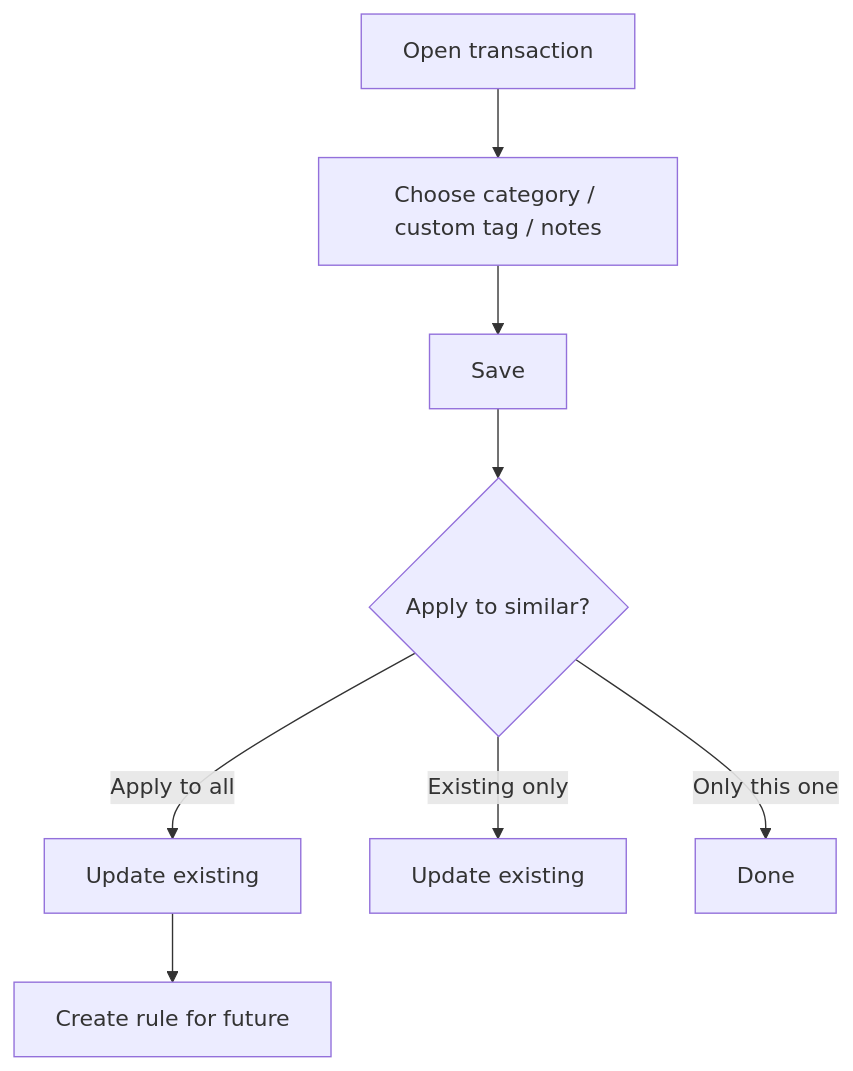
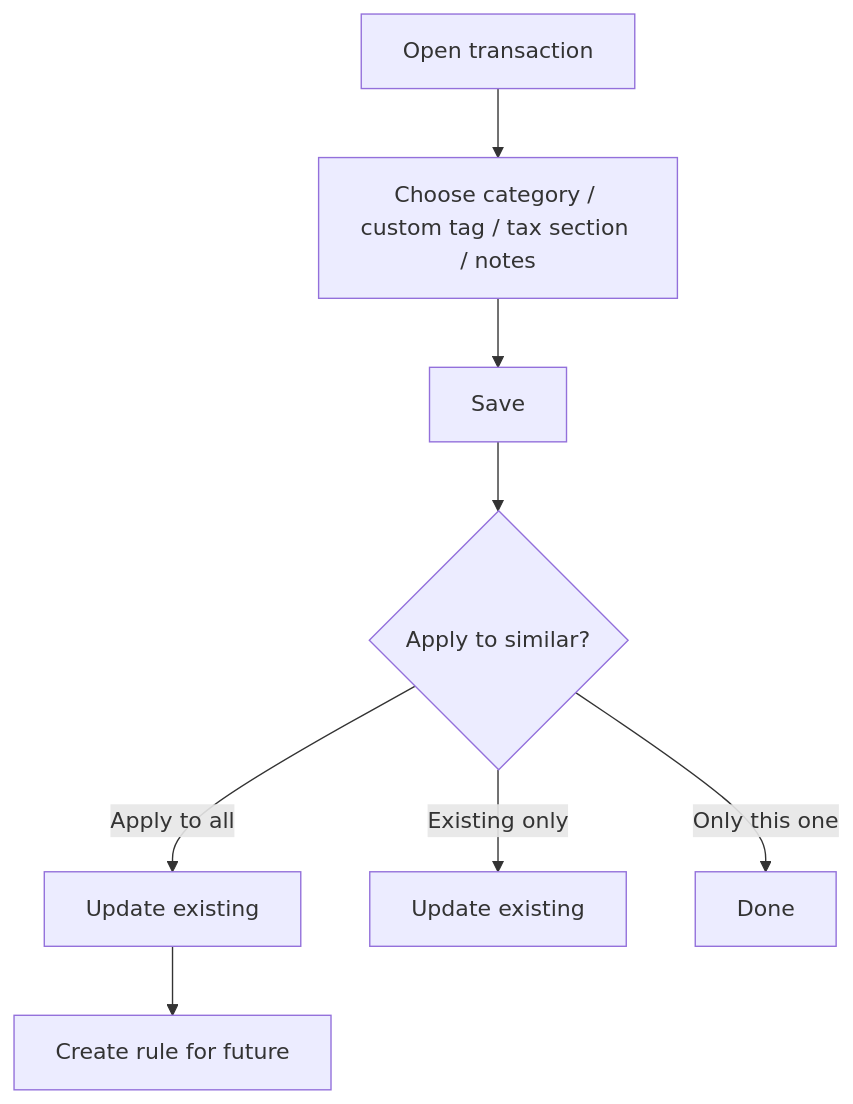
Before and after one commit to Yolo-cell-hash/budgetify: the fifth of 10 diagrams in README.md, drawn with Mermaid. The commit also changed other lines of this file and 1 other file, not shown here.

````diff
--- a/README.md
+++ b/README.md
@@ -322,9 +423,9 @@
 ```mermaid
 flowchart TD
-  Open[Open transaction] --> Pick[Choose category / custom tag / notes]
+  Open[Open transaction] --> Pick[Choose category / custom tag / tax section / notes]
   Pick --> Save[Save]
   Save --> Q{Apply to similar?}
   Q -- Apply to all --> All[Update existing] --> RF[Create rule for future]
   Q -- Existing only --> Ex[Update existing]
   Q -- Only this one --> Done[Done]
 ```
````
